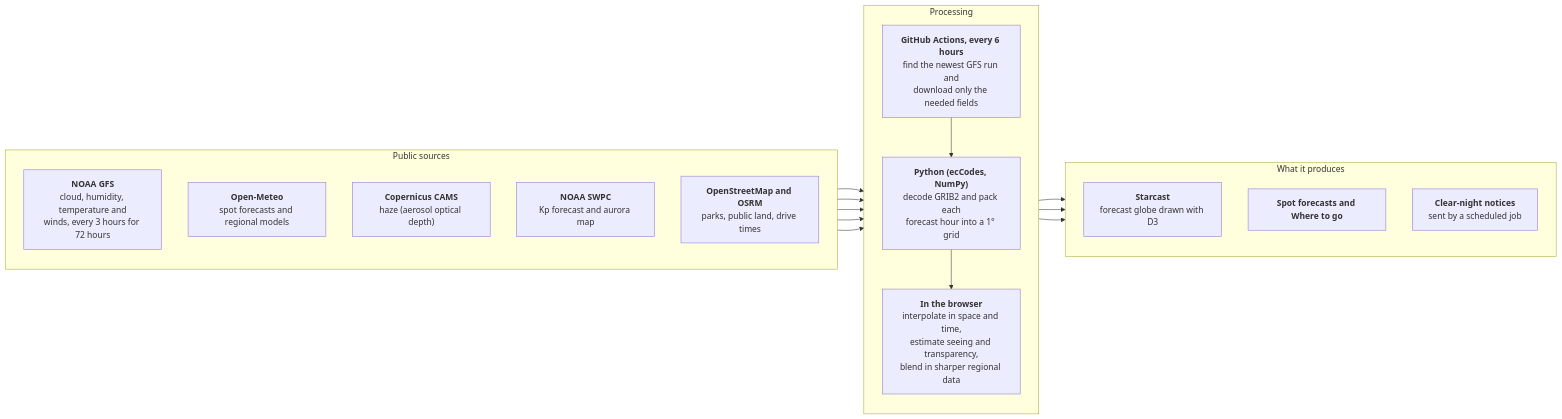
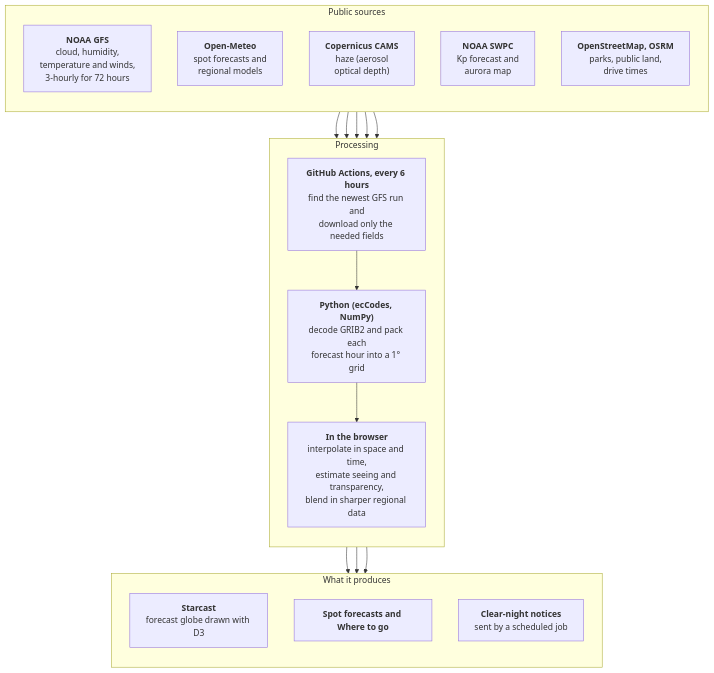
One commit to krauskajames/krauskajames.github.io changed the diagram in projects/starcast/data_flow.mmd. Above: the diagram before and after it, drawn with Mermaid. The commit also changed 6 other files, not shown here.

First line of the commit message:
Data-flow diagrams: lay out Parcel QA, Drone captures and Starcast top to bottom so the text is larger

```diff
--- a/projects/starcast/data_flow.mmd
+++ b/projects/starcast/data_flow.mmd
@@ -1,31 +1,31 @@
 %% Data flow for this project page. Rendered and placed on the page by projects/build_flow.py (Mermaid, mermaid-cli).
-flowchart LR
+flowchart TB
   subgraph S["Public sources"]
     direction TB
-    GFS["<b>NOAA GFS</b><br/>cloud, humidity, temperature and<br/>winds, every 3 hours for 72 hours"]
-    OM["<b>Open-Meteo</b><br/>spot forecasts and regional models"]
-    CAMS["<b>Copernicus CAMS</b><br/>haze (aerosol optical depth)"]
-    SWPC["<b>NOAA SWPC</b><br/>Kp forecast and aurora map"]
-    OSM["<b>OpenStreetMap and OSRM</b><br/>parks, public land, drive times"]
+    GFS["<b>NOAA GFS</b><br/>cloud, humidity,<br/>temperature and winds,<br/>3-hourly for 72 hours"]
+    OM["<b>Open-Meteo</b><br/>spot forecasts and<br/>regional models"]
+    CAMS["<b>Copernicus CAMS</b><br/>haze (aerosol<br/>optical depth)"]
+    SWPC["<b>NOAA SWPC</b><br/>Kp forecast and<br/>aurora map"]
+    OSM["<b>OpenStreetMap, OSRM</b><br/>parks, public land,<br/>drive times"]
   end
   subgraph P["Processing"]
     direction TB
     JOB["<b>GitHub Actions, every 6 hours</b><br/>find the newest GFS run and<br/>download only the needed fields"]
     PYT["<b>Python (ecCodes, NumPy)</b><br/>decode GRIB2 and pack each<br/>forecast hour into a 1° grid"]
     APP["<b>In the browser</b><br/>interpolate in space and time,<br/>estimate seeing and transparency,<br/>blend in sharper regional data"]
     JOB --> PYT --> APP
   end
   subgraph O["What it produces"]
     direction TB
     GLOBE["<b>Starcast</b><br/>forecast globe drawn with D3"]
     SPOT["<b>Spot forecasts and Where to go</b>"]
     ALERT["<b>Clear-night notices</b><br/>sent by a scheduled job"]
   end
   GFS --> JOB
   OM --> APP
   CAMS --> APP
   SWPC --> APP
   OSM --> APP
   APP --> GLOBE
   APP --> SPOT
   PYT --> ALERT
```
